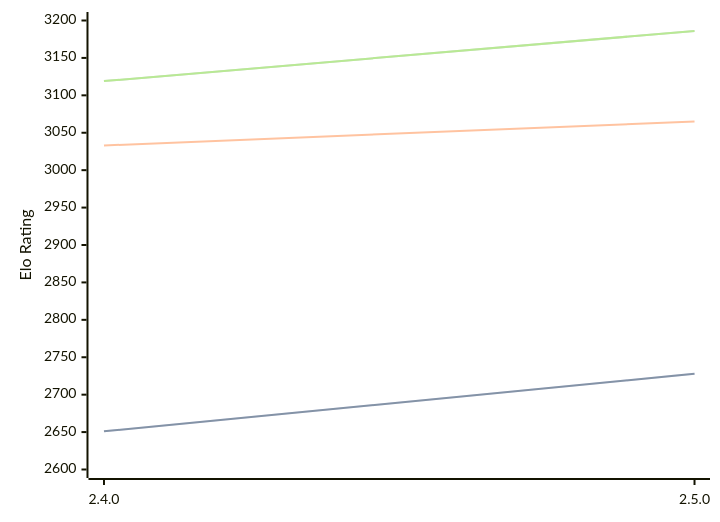
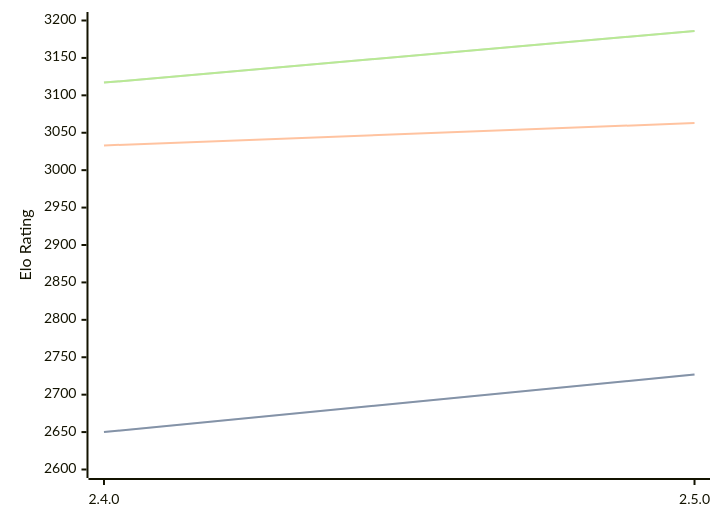
Before and after one commit to computer-chess-index/cci: the diagram in engines/Sturddle2.md, drawn with Mermaid. The commit also changed other lines of this file, not shown here.

Commit message:
Update CCI Ratings (ELO VLTC) - 2026-03-23

````diff
--- a/engines/Sturddle2.md
+++ b/engines/Sturddle2.md
@@ -37,11 +37,11 @@
 ```mermaid
 %%{init: {"theme":"base","themeVariables":{"seriesColors:['#a3a3a3','#222221','#faa371']}}}%%
 xychart-beta
   x-axis ["2.4.0", "2.5.0"]
   y-axis "Elo Rating" 2600 --> 3200
-  line "STC (8.0+0.08s)" [2651, 2728]
-  line "STC (8.0+0.08s)" [2651, 2728]
-  line "LTC (60.0+0.60s)" [3033, 3065]
-  line "VLTC (2m24s+1.12s)" [3119, 3186]
-  line "VLTC (2m24s+1.12s)" [3119, 3186]
+  line "STC (8.0+0.08s)" [2650, 2727]
+  line "STC (8.0+0.08s)" [2650, 2727]
+  line "LTC (60.0+0.60s)" [3033, 3063]
+  line "VLTC (2m24s+1.12s)" [3117, 3186]
+  line "VLTC (2m24s+1.12s)" [3117, 3186]
 ```
````
